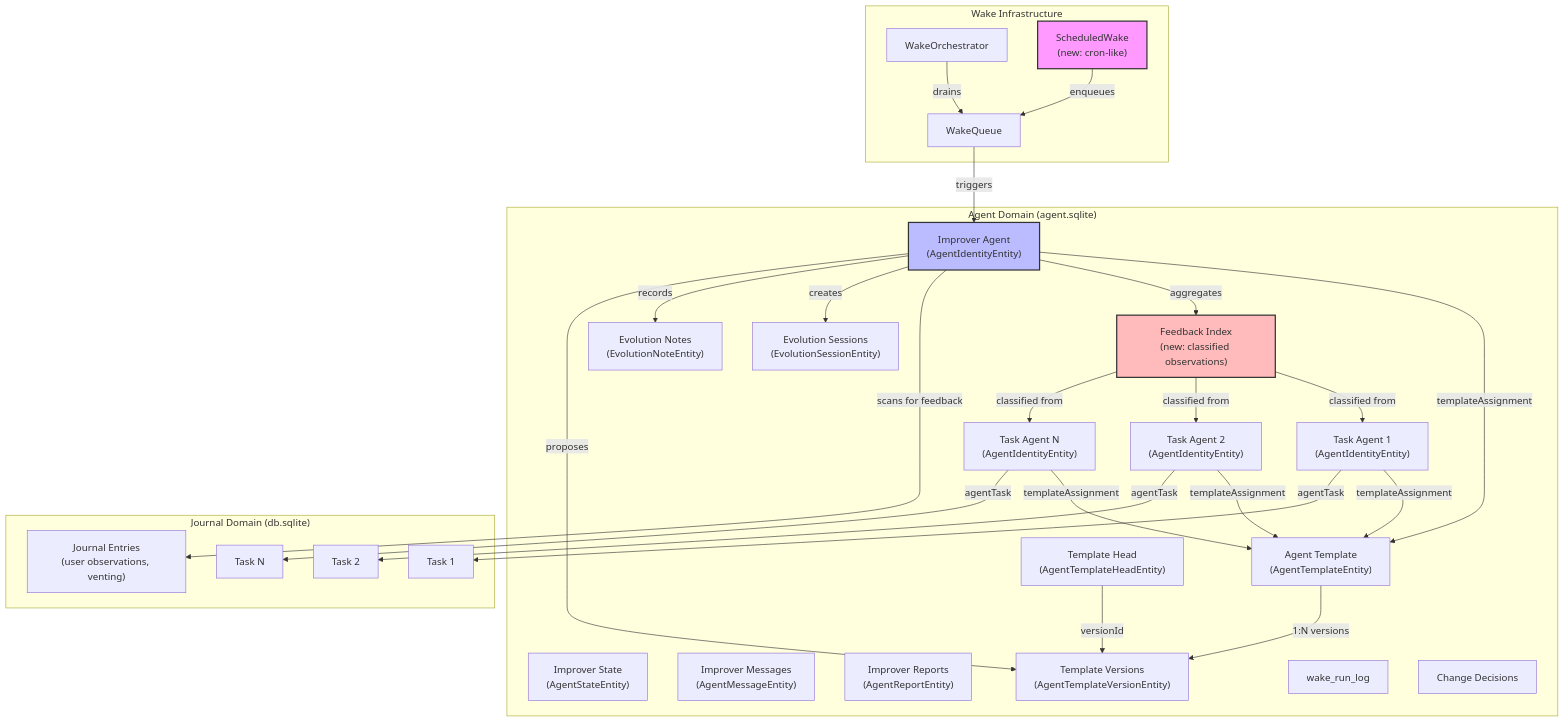
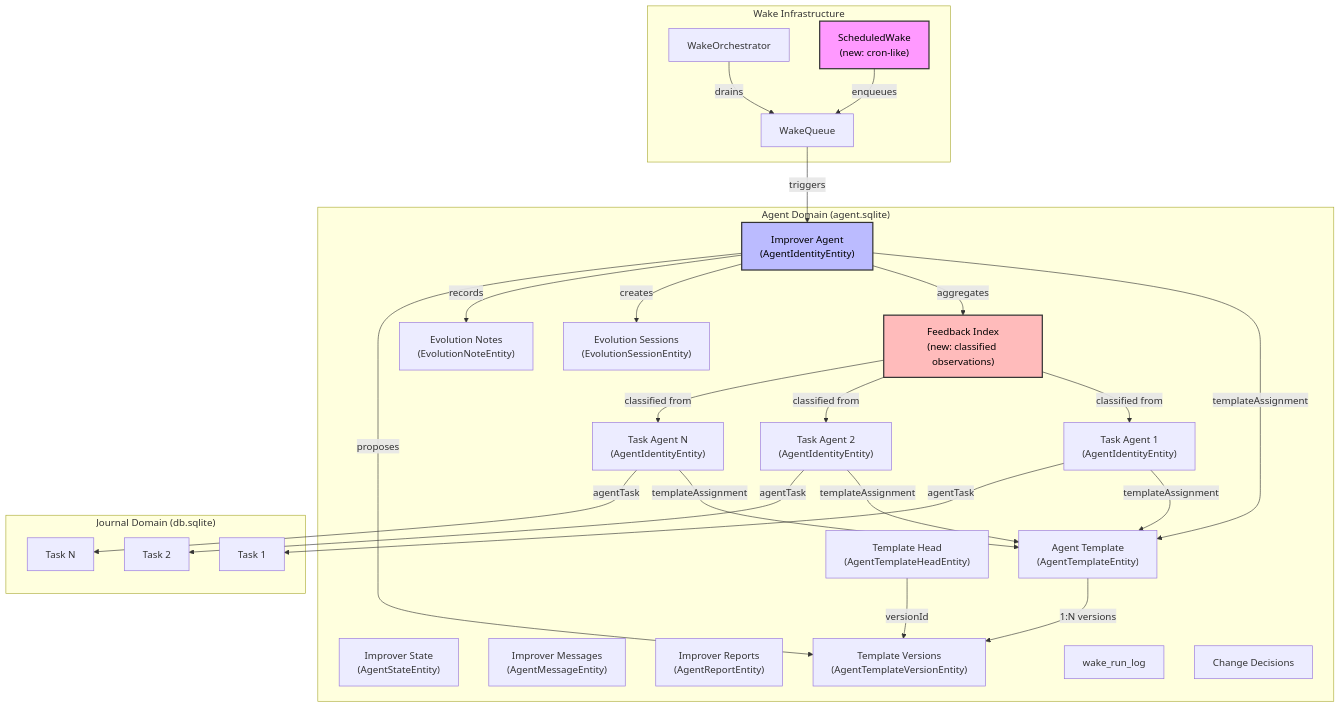
One commit to matthiasn/lotti changed the third of 16 diagrams in docs/implementation_plans/2026-03-01_weekly_one_on_one_self_learning_cycle.md. Above: the diagram before and after it, drawn with Mermaid. The commit also changed other lines of this file and 2 other files, not shown here.

````diff
--- a/docs/implementation_plans/2026-03-01_weekly_one_on_one_self_learning_cycle.md
+++ b/docs/implementation_plans/2026-03-01_weekly_one_on_one_self_learning_cycle.md
@@ -124,76 +120,72 @@
 ```mermaid
 flowchart TD
     subgraph "Agent Domain (agent.sqlite)"
         IT["Improver Agent\n(AgentIdentityEntity)"]
         IS["Improver State\n(AgentStateEntity)"]
         IM["Improver Messages\n(AgentMessageEntity)"]
         IR["Improver Reports\n(AgentReportEntity)"]
 
         TMT["Agent Template\n(AgentTemplateEntity)"]
         TV["Template Versions\n(AgentTemplateVersionEntity)"]
         TH["Template Head\n(AgentTemplateHeadEntity)"]
 
         TA1["Task Agent 1\n(AgentIdentityEntity)"]
         TA2["Task Agent 2\n(AgentIdentityEntity)"]
         TAN["Task Agent N\n(AgentIdentityEntity)"]
 
         ES["Evolution Sessions\n(EvolutionSessionEntity)"]
         EN["Evolution Notes\n(EvolutionNoteEntity)"]
 
         FB["Feedback Index\n(new: classified observations)"]
 
         WRL["wake_run_log"]
         CD["Change Decisions"]
     end
 
     subgraph "Journal Domain (db.sqlite)"
         T1["Task 1"]
         T2["Task 2"]
         TN["Task N"]
-        JE["Journal Entries\n(user observations, venting)"]
     end
 
     subgraph "Wake Infrastructure"
         WO["WakeOrchestrator"]
         SW["ScheduledWake\n(new: cron-like)"]
         WQ["WakeQueue"]
     end
 
     %% Improver owns the template
     IT -->|"templateAssignment"| TMT
     TMT -->|"1:N versions"| TV
     TH -->|"versionId"| TV
 
     %% Template governs task agents
     TA1 -->|"templateAssignment"| TMT
     TA2 -->|"templateAssignment"| TMT
     TAN -->|"templateAssignment"| TMT
 
     %% Task agents link to journal tasks
     TA1 -->|"agentTask"| T1
     TA2 -->|"agentTask"| T2
     TAN -->|"agentTask"| TN
 
     %% Wake infrastructure
     SW -->|"enqueues"| WQ
     WO -->|"drains"| WQ
     WQ -->|"triggers"| IT
 
     %% Improver reads from task agents
     IT -->|"aggregates"| FB
     FB -->|"classified from"| TA1
     FB -->|"classified from"| TA2
     FB -->|"classified from"| TAN
 
-    %% Improver reads user journal
-    IT -->|"scans for feedback"| JE
-
     %% Improver produces evolution
     IT -->|"creates"| ES
     IT -->|"records"| EN
     IT -->|"proposes"| TV
 
-    style IT fill:#bbf,stroke:#333,stroke-width:2px
-    style SW fill:#f9f,stroke:#333,stroke-width:2px
-    style FB fill:#fbb,stroke:#333,stroke-width:2px
+    style IT fill:#bbf,stroke:#333,stroke-width:2px,color:#000
+    style SW fill:#f9f,stroke:#333,stroke-width:2px,color:#000
+    style FB fill:#fbb,stroke:#333,stroke-width:2px,color:#000
 ```
````
